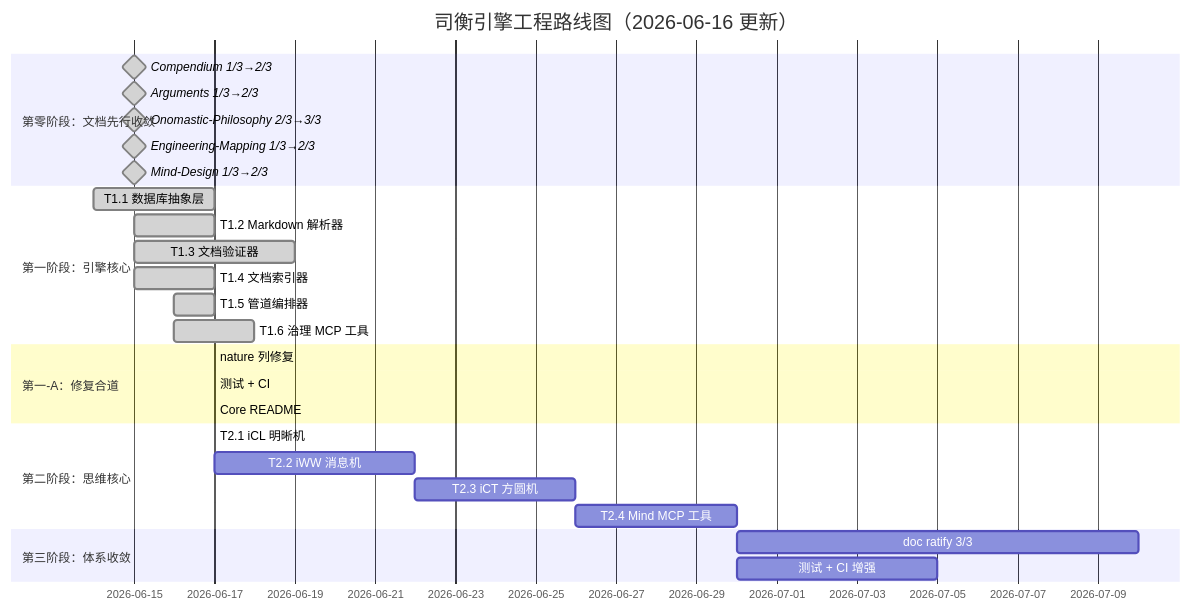
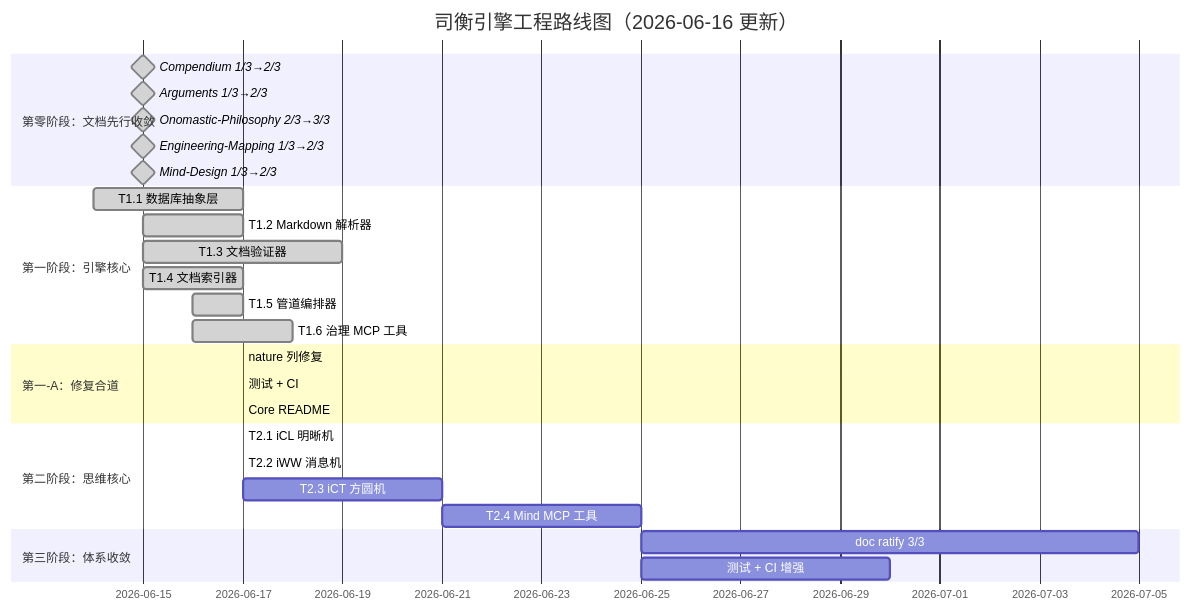
One commit to sgmov/sihankor changed the third of 3 diagrams in docs/specs/engineering/SiHankor-Engine-Roadmap.sih.md. Above: the diagram before and after it, drawn with Mermaid. The commit also changed other lines of this file and 3 other files, not shown here.

````diff
--- a/docs/specs/engineering/SiHankor-Engine-Roadmap.sih.md
+++ b/docs/specs/engineering/SiHankor-Engine-Roadmap.sih.md
@@ -377,30 +378,30 @@
 ```mermaid
 gantt
     title 司衡引擎工程路线图（2026-06-16 更新）
     dateFormat  YYYY-MM-DD
     section 第零阶段：文档先行收敛
     Compendium 1/3→2/3          :milestone, done, d1, 2026-06-15, 0d
     Arguments 1/3→2/3           :milestone, done, d2, 2026-06-15, 0d
     Onomastic-Philosophy 2/3→3/3 :milestone, done, d3, 2026-06-15, 0d
     Engineering-Mapping 1/3→2/3  :milestone, done, d4, 2026-06-15, 0d
     Mind-Design 1/3→2/3         :milestone, done, d5, 2026-06-15, 0d
     section 第一阶段：引擎核心
     T1.1 数据库抽象层           :done, a1, 2026-06-14, 3d
     T1.2 Markdown 解析器         :done, a2, 2026-06-15, 2d
     T1.3 文档验证器              :done, a3, 2026-06-15, 4d
     T1.4 文档索引器              :done, a4, 2026-06-15, 2d
     T1.5 管道编排器              :done, a5, 2026-06-16, 1d
     T1.6 治理 MCP 工具           :done, a6, 2026-06-16, 2d
     section 第一-A：修复合道
     nature 列修复                :done, a7, 2026-06-17, 0d
     测试 + CI                    :done, a8, 2026-06-17, 0d
     Core README                  :done, a9, 2026-06-17, 0d
     section 第二阶段：思维核心
     T2.1 iCL 明晰机              :done, b1, 2026-06-17, 0d
-    T2.2 iWW 消息机              :b2, after b1, 5d
+    T2.2 iWW 消息机              :done, b2, 2026-06-17, 0d
     T2.3 iCT 方圆机              :b3, after b2, 4d
     T2.4 Mind MCP 工具           :b4, after b3, 4d
     section 第三阶段：体系收敛
     doc ratify 3/3              :c1, after b4, 10d
     测试 + CI 增强              :c3, after b4, 5d
 ```
````
